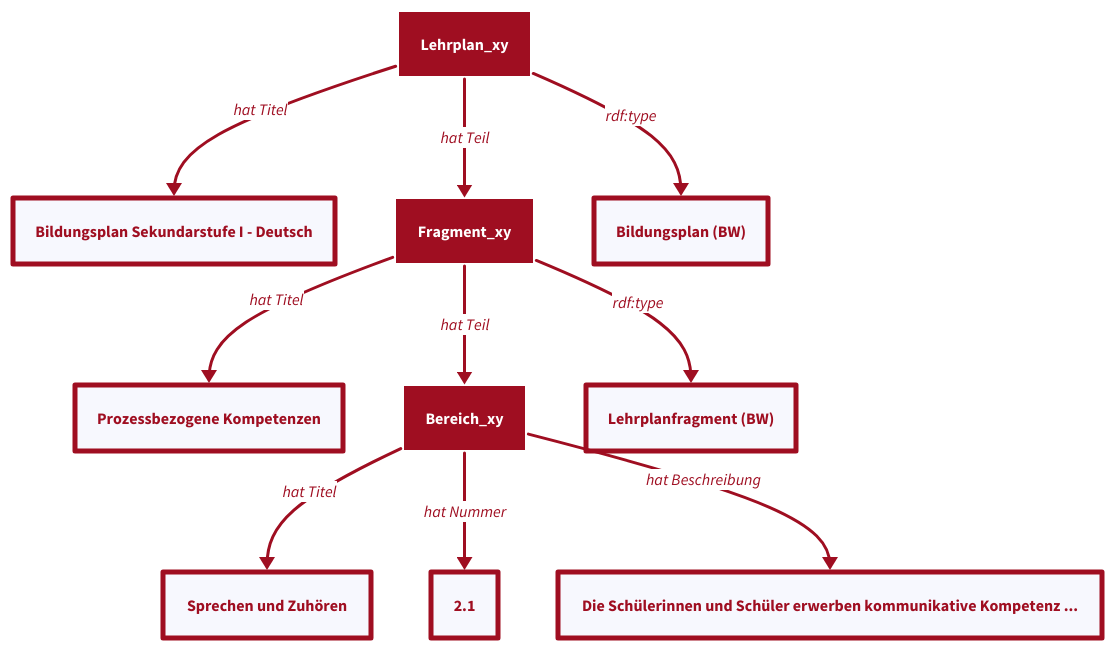
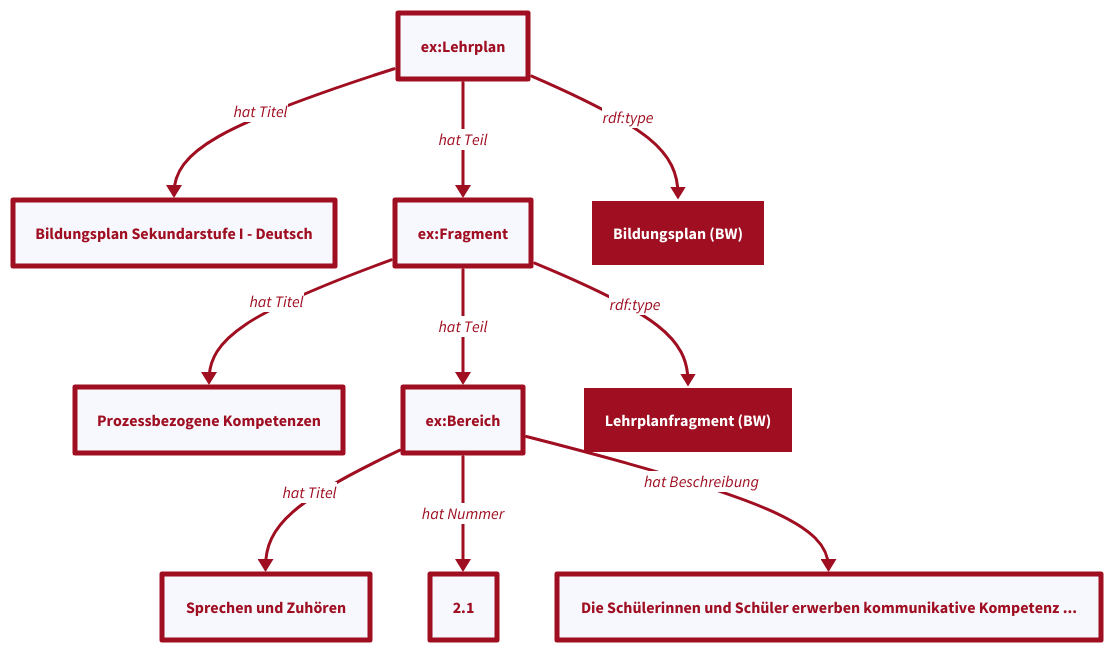
One commit to FWU-DE/lehrplan-ontologie changed the third of 8 diagrams in docs/patterns.md. Above: the diagram before and after it, drawn with D2. The commit also changed other lines of this file and 4 other files, not shown here.

```diff
--- a/docs/patterns.md
+++ b/docs/patterns.md
@@ -127,12 +166,11 @@
   }
 }
 
-Fragment_xy: {
+"ex:Fragment": {
   style: {
-    font-color: white
-    opacity: 1
-    fill: "#9F0E21"
-    stroke: white
+    stroke: "#9F0E21"
+    stroke-width: 5
+    font-color: "#9F0E21"
   }
 }
 
@@ -144,7 +182,15 @@
   }
 }
 
-Bereich_xy: {
+"ex:Bereich": {
+  style: {
+    stroke: "#9F0E21"
+    stroke-width: 5
+    font-color: "#9F0E21"
+  }
+}
+
+Bildungsplan (BW): {
   style: {
     font-color: white
     opacity: 1
@@ -153,22 +199,14 @@
   }
 }
 
-Bildungsplan (BW): {
+Lehrplanfragment (BW): {
   style: {
-    stroke: "#9F0E21"
-    stroke-width: 5
-    font-color: "#9F0E21"
+    font-color: white
+    opacity: 1
+    fill: "#9F0E21"
+    stroke: white
   }
 }
-
-Lehrplanfragment (BW): {
-  style: {
-    stroke: "#9F0E21"
-    stroke-width: 5
-    font-color: "#9F0E21"
-  }
-}
-
 Sprechen und Zuhören: {
   style: {
     stroke: "#9F0E21"
@@ -193,16 +231,15 @@
   }
 }
 
-Lehrplan_xy: {
+"ex:Lehrplan": {
   style: {
-    font-color: white
-    opacity: 1
-    fill: "#9F0E21"
-    stroke: white
+    stroke: "#9F0E21"
+    stroke-width: 5
+    font-color: "#9F0E21"
   }
 }
 
-Lehrplan_xy -> Bildungsplan (BW): rdf:type {
+"ex:Lehrplan" -> Bildungsplan (BW): rdf:type {
   style: {
     stroke: "#9F0E21"
     stroke-width: 3
@@ -210,7 +247,7 @@
   }
 }
 
-Lehrplan_xy -> Fragment_xy: hat Teil {
+"ex:Lehrplan" -> "ex:Fragment": hat Teil {
   style: {
     stroke: "#9F0E21"
     stroke-width: 3
@@ -218,7 +255,7 @@
   }
 }
 
-Lehrplan_xy -> Bildungsplan Sekundarstufe I - Deutsch: hat Titel {
+"ex:Lehrplan" -> Bildungsplan Sekundarstufe I - Deutsch: hat Titel {
   style: {
     stroke: "#9F0E21"
     stroke-width: 3
@@ -226,7 +263,7 @@
   }
 }
 
-Fragment_xy -> Bereich_xy: hat Teil {
+"ex:Fragment" -> "ex:Bereich": hat Teil {
   style: {
     stroke: "#9F0E21"
     stroke-width: 3
@@ -234,7 +271,7 @@
   }
 }
 
-Fragment_xy -> Lehrplanfragment (BW): rdf:type {
+"ex:Fragment" -> Lehrplanfragment (BW): rdf:type {
   style: {
     stroke: "#9F0E21"
     stroke-width: 3
@@ -242,7 +279,7 @@
   }
 }
 
-Fragment_xy -> Prozessbezogene Kompetenzen: hat Titel {
+"ex:Fragment" -> Prozessbezogene Kompetenzen: hat Titel {
   style: {
     stroke: "#9F0E21"
     stroke-width: 3
@@ -250,7 +287,7 @@
   }
 }
 
-Bereich_xy -> Sprechen und Zuhören: hat Titel {
+"ex:Bereich" -> Sprechen und Zuhören: hat Titel {
   style: {
     stroke: "#9F0E21"
     stroke-width: 3
@@ -258,7 +295,7 @@
   }
 }
 
-Bereich_xy -> "2.1": hat Nummer {
+"ex:Bereich" -> "2.1": hat Nummer {
   style: {
     stroke: "#9F0E21"
     stroke-width: 3
@@ -266,7 +303,7 @@
   }
 }
 
-Bereich_xy -> "Die Schülerinnen und Schüler erwerben kommunikative Kompetenz ...": hat Beschreibung {
+"ex:Bereich" -> "Die Schülerinnen und Schüler erwerben kommunikative Kompetenz ...": hat Beschreibung {
   style: {
     stroke: "#9F0E21"
     stroke-width: 3
```
